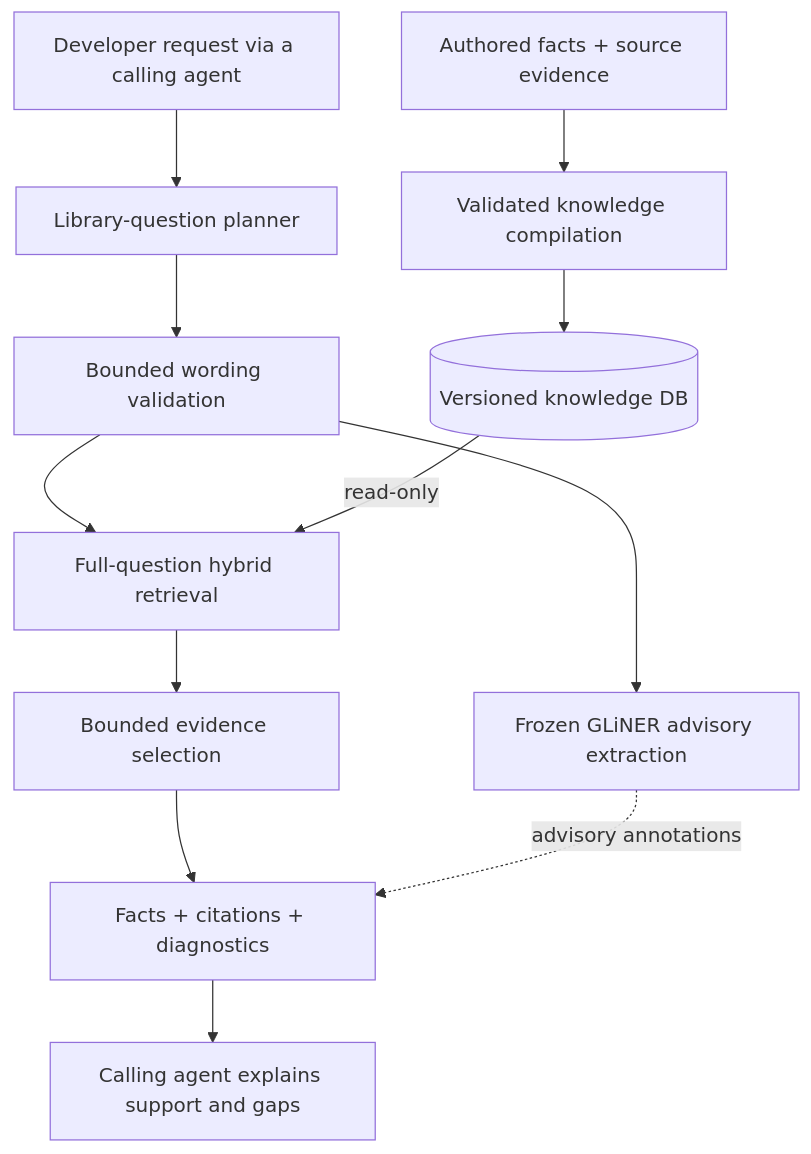
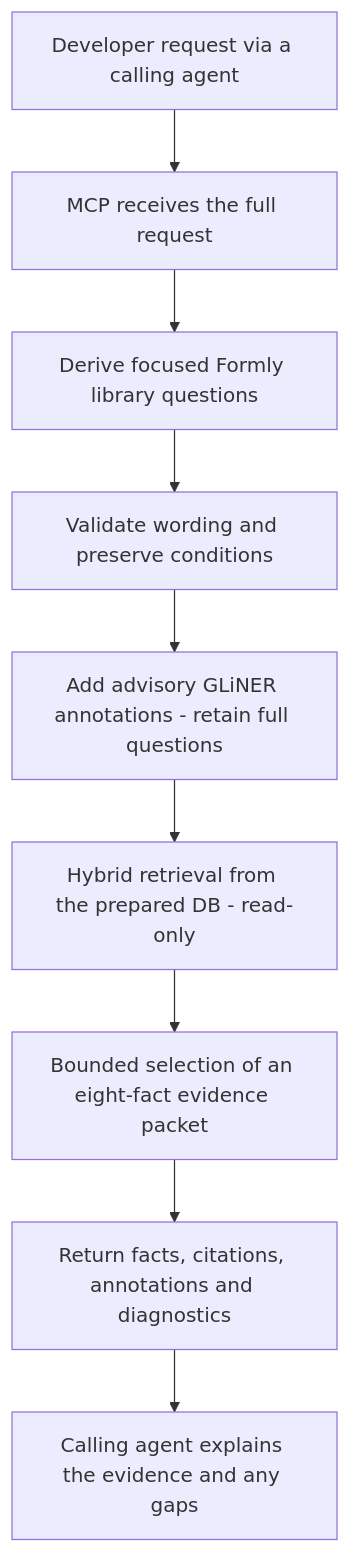
One commit to dills122/ask-formly changed the second of 2 diagrams in README.md. Above: the diagram before and after it, drawn with Mermaid. The commit also changed other lines of this file, not shown here.

First line of the commit message:
Clarify knowledge preparation and live retrieval flows (#4)

````diff
--- a/README.md
+++ b/README.md
@@ -50,14 +82,11 @@
 ```mermaid
 flowchart TD
-    Request[Developer request via a calling agent] --> Planner[Library-question planner]
-    Planner --> Wording[Bounded wording validation]
-    Wording --> Retrieval[Full-question hybrid retrieval]
-    Wording --> GLiNER[Frozen GLiNER advisory extraction]
-    Sources[Authored facts + source evidence] --> Compiler[Validated knowledge compilation]
-    Compiler --> DB[(Versioned knowledge DB)]
-    DB -->|read-only| Retrieval
-    Retrieval --> Selection[Bounded evidence selection]
-    Selection --> Packet[Facts + citations + diagnostics]
-    GLiNER -. advisory annotations .-> Packet
-    Packet --> Agent[Calling agent explains support and gaps]
+    Request[Developer request via a calling agent] --> MCP[MCP receives the full request]
+    MCP --> Planner[Derive focused Formly library questions]
+    Planner --> Wording[Validate wording and preserve conditions]
+    Wording --> GLiNER[Add advisory GLiNER annotations - retain full questions]
+    GLiNER --> Retrieval[Hybrid retrieval from the prepared DB - read-only]
+    Retrieval --> Selection[Bounded selection of an eight-fact evidence packet]
+    Selection --> Response[Return facts, citations, annotations and diagnostics]
+    Response --> Agent[Calling agent explains the evidence and any gaps]
 ```
````
